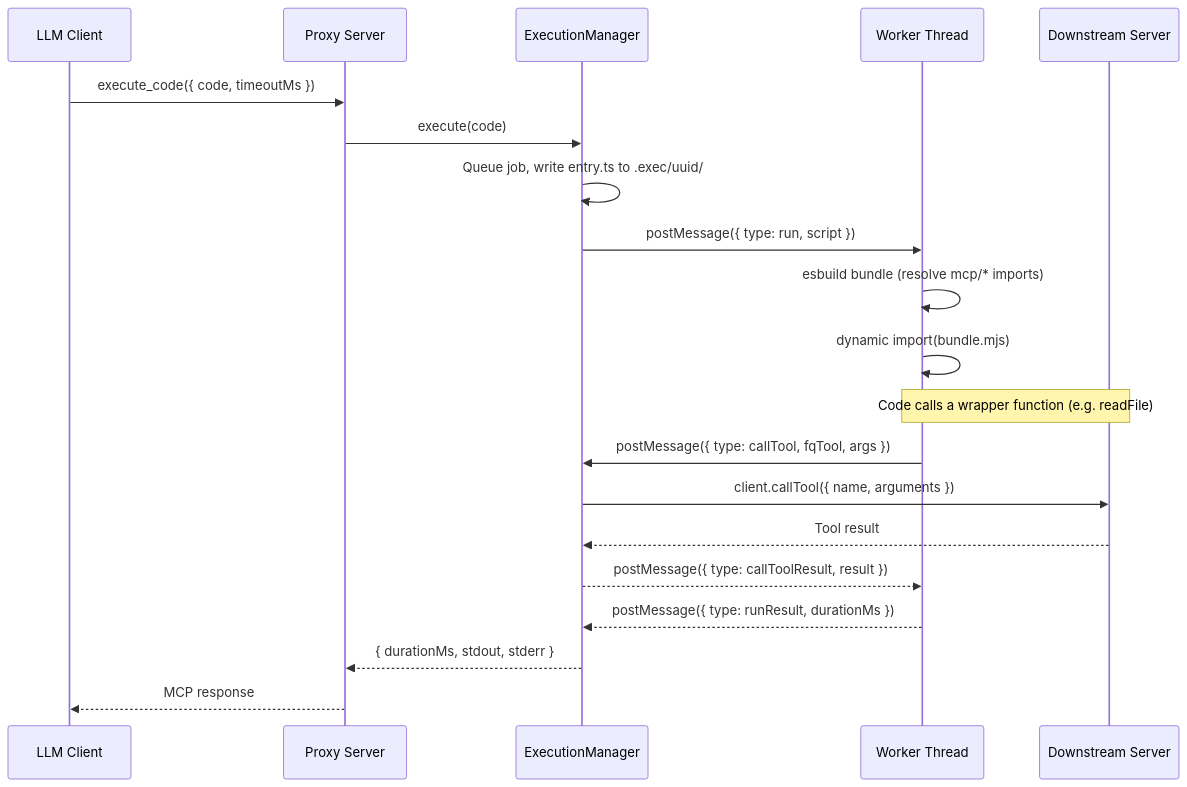
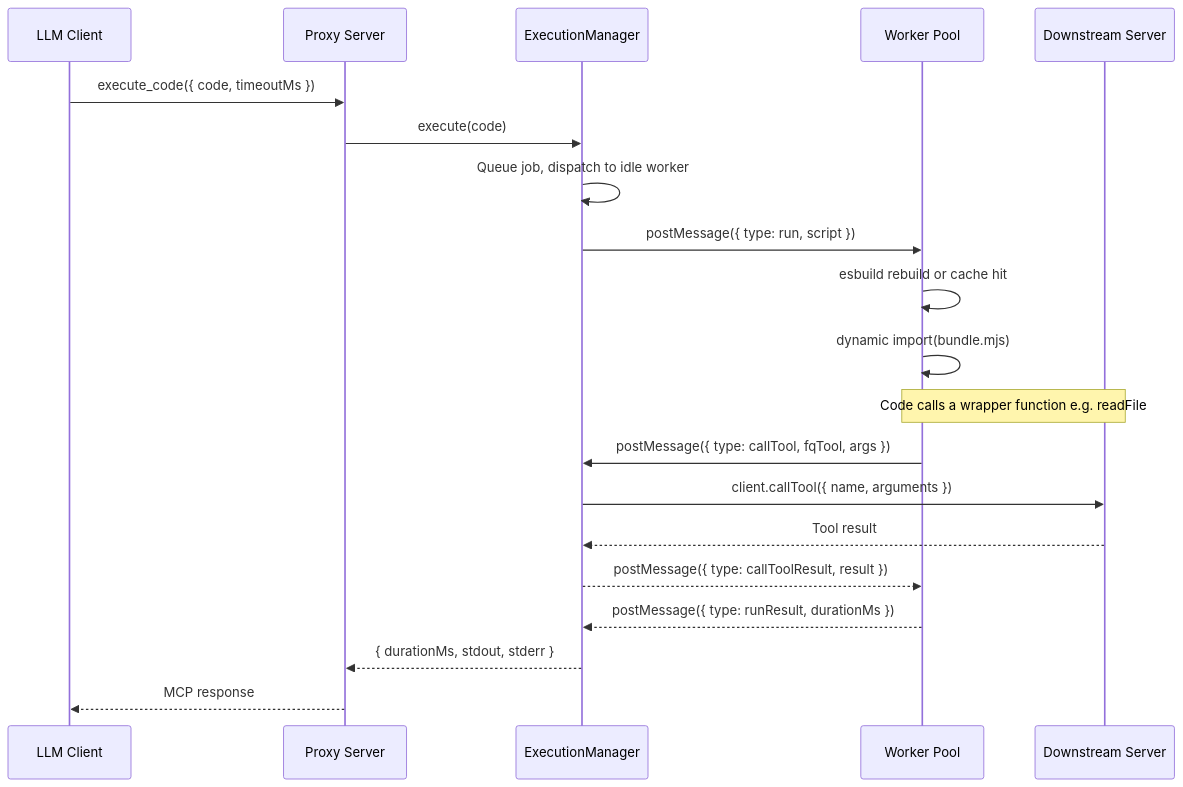
One commit to dhyaneesh/whitenoise changed the second of 3 diagrams in README.md. Above: the diagram before and after it, drawn with Mermaid. The commit also changed other lines of this file and 22 other files, not shown here.

First line of the commit message:
Improve proxy architecture, add Vitest suite, and refresh docs.

````diff
--- a/README.md
+++ b/README.md
@@ -193,26 +190,26 @@
 ```mermaid
 sequenceDiagram
     participant LLM as LLM Client
     participant Proxy as Proxy Server
     participant Mgr as ExecutionManager
-    participant Worker as Worker Thread
+    participant Worker as Worker Pool
     participant DS as Downstream Server
 
     LLM->>Proxy: execute_code({ code, timeoutMs })
     Proxy->>Mgr: execute(code)
-    Mgr->>Mgr: Queue job, write entry.ts to .exec/uuid/
+    Mgr->>Mgr: Queue job, dispatch to idle worker
     Mgr->>Worker: postMessage({ type: run, script })
-    Worker->>Worker: esbuild bundle (resolve mcp/* imports)
+    Worker->>Worker: esbuild rebuild or cache hit
     Worker->>Worker: dynamic import(bundle.mjs)
 
-    Note over Worker,DS: Code calls a wrapper function (e.g. readFile)
+    Note over Worker,DS: Code calls a wrapper function e.g. readFile
 
     Worker->>Mgr: postMessage({ type: callTool, fqTool, args })
     Mgr->>DS: client.callTool({ name, arguments })
     DS-->>Mgr: Tool result
     Mgr-->>Worker: postMessage({ type: callToolResult, result })
 
     Worker-->>Mgr: postMessage({ type: runResult, durationMs })
     Mgr-->>Proxy: { durationMs, stdout, stderr }
     Proxy-->>LLM: MCP response
 ```
````
